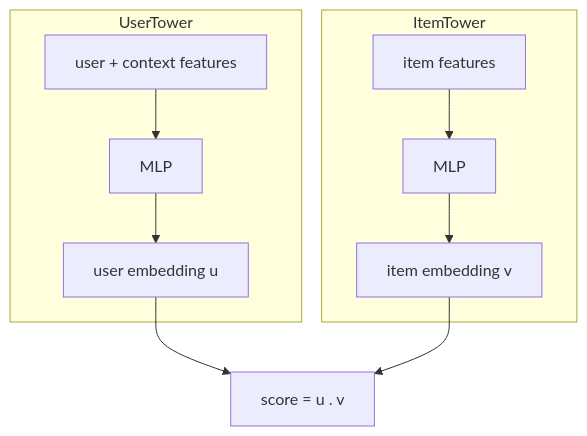
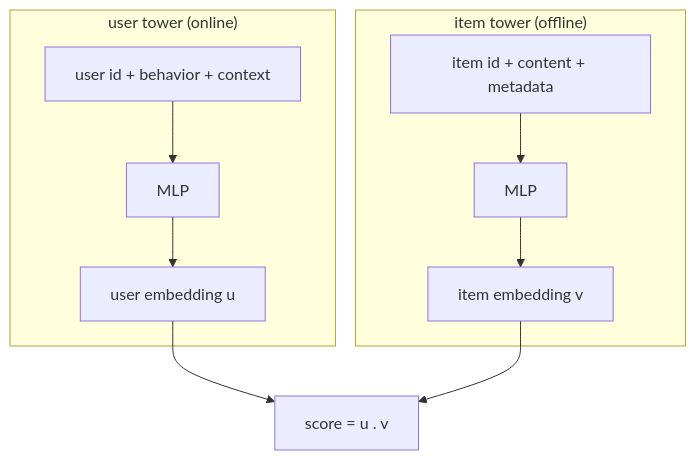
One commit to neurarch-ai/awesome-ml-system-design changed the diagram in book/candidate-retrieval/04-model-development.md. Above: the diagram before and after it, drawn with Mermaid. The commit also changed other lines of this file and 11 other files, not shown here.

````diff
--- a/book/candidate-retrieval/04-model-development.md
+++ b/book/candidate-retrieval/04-model-development.md
@@ -10,11 +10,11 @@
 ```mermaid
 flowchart TD
-  subgraph UserTower
-    UF["user + context features"] --> UMLP["MLP"] --> UEMB["user embedding u"]
+  subgraph UserTower["user tower (online)"]
+    UF["user id + behavior + context"] --> UMLP["MLP"] --> UEMB["user embedding u"]
   end
-  subgraph ItemTower
-    IF["item features"] --> IMLP["MLP"] --> IEMB["item embedding v"]
+  subgraph ItemTower["item tower (offline)"]
+    IF["item id + content + metadata"] --> IMLP["MLP"] --> IEMB["item embedding v"]
   end
   UEMB --> S["score = u . v"]
   IEMB --> S
 ```
````
